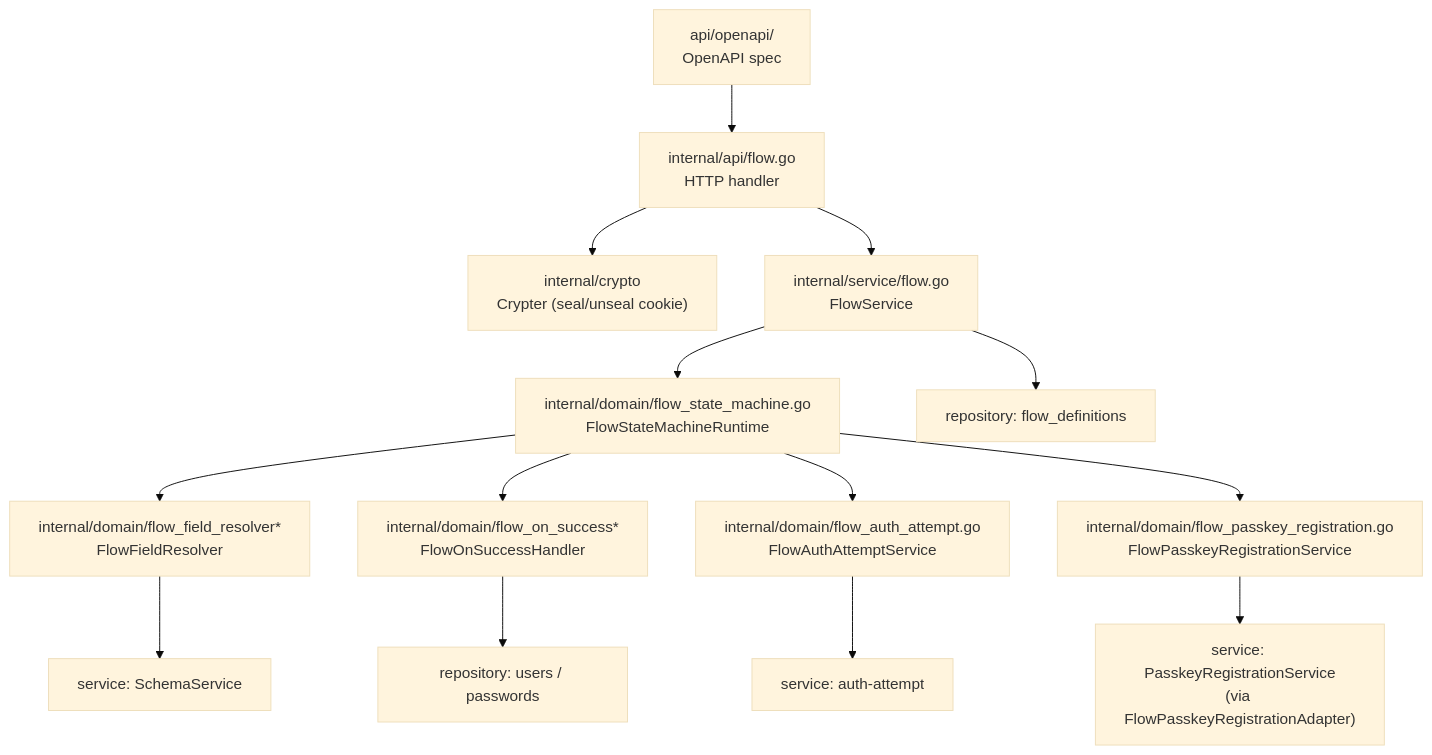
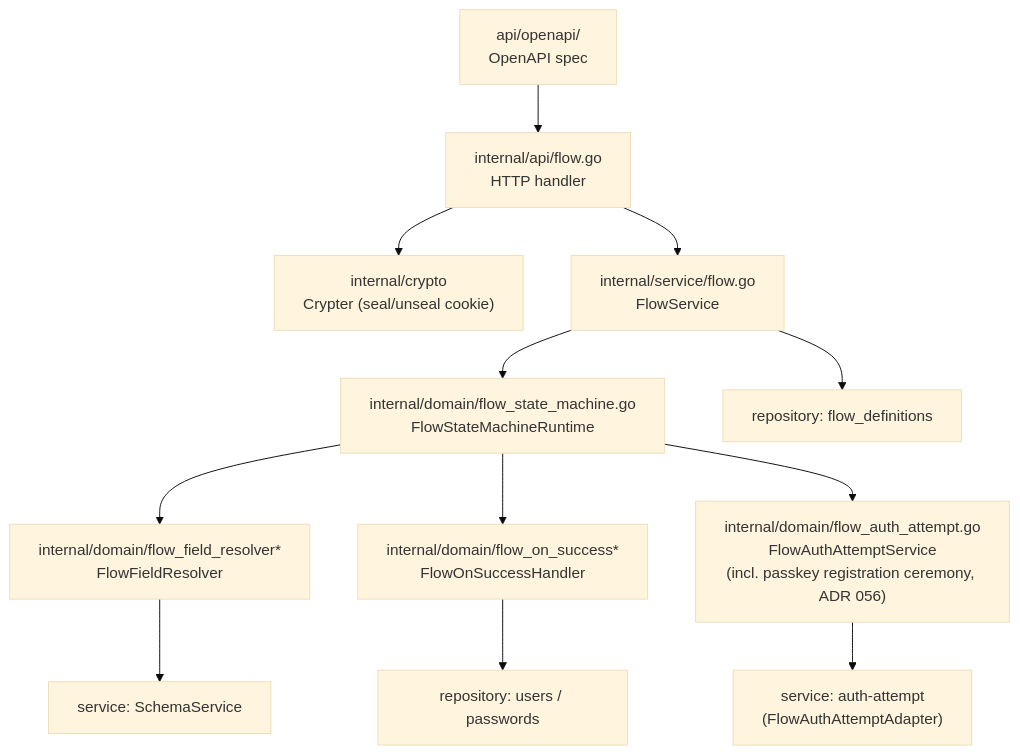
One commit to zitadel/nextgen changed the first of 2 diagrams in docs/design/flowengine/architecture.md. Above: the diagram before and after it, drawn with Mermaid (base theme). The commit also changed other lines of this file and 12 other files, not shown here.

````diff
--- a/docs/design/flowengine/architecture.md
+++ b/docs/design/flowengine/architecture.md
@@ -12,32 +12,28 @@
 ```mermaid
 graph TD
     OpenAPI["api/openapi/<br>OpenAPI spec"]
     Handler["internal/api/flow.go<br>HTTP handler"]
     Crypter["internal/crypto<br>Crypter (seal/unseal cookie)"]
     Service["internal/service/flow.go<br>FlowService"]
     SM["internal/domain/flow_state_machine.go<br>FlowStateMachineRuntime"]
     FR["internal/domain/flow_field_resolver*<br>FlowFieldResolver"]
     OS["internal/domain/flow_on_success*<br>FlowOnSuccessHandler"]
-    AA["internal/domain/flow_auth_attempt.go<br>FlowAuthAttemptService"]
-    PR["internal/domain/flow_passkey_registration.go<br>FlowPasskeyRegistrationService"]
+    AA["internal/domain/flow_auth_attempt.go<br>FlowAuthAttemptService<br>(incl. passkey registration ceremony, ADR 056)"]
 
-    AAImpl["service: auth-attempt"]
-    PRImpl["service: PasskeyRegistrationService<br>(via FlowPasskeyRegistrationAdapter)"]
+    AAImpl["service: auth-attempt<br>(FlowAuthAttemptAdapter)"]
     Repo["repository: flow_definitions"]
     UserRepo["repository: users / passwords"]
     Schema["service: SchemaService"]
 
     OpenAPI --> Handler
     Handler --> Crypter
     Handler --> Service
     Service --> SM
     SM --> FR
     SM --> OS
     SM --> AA
-    SM --> PR
     Service --> Repo
     FR --> Schema
     OS --> UserRepo
     AA --> AAImpl
-    PR --> PRImpl
 ```
````
